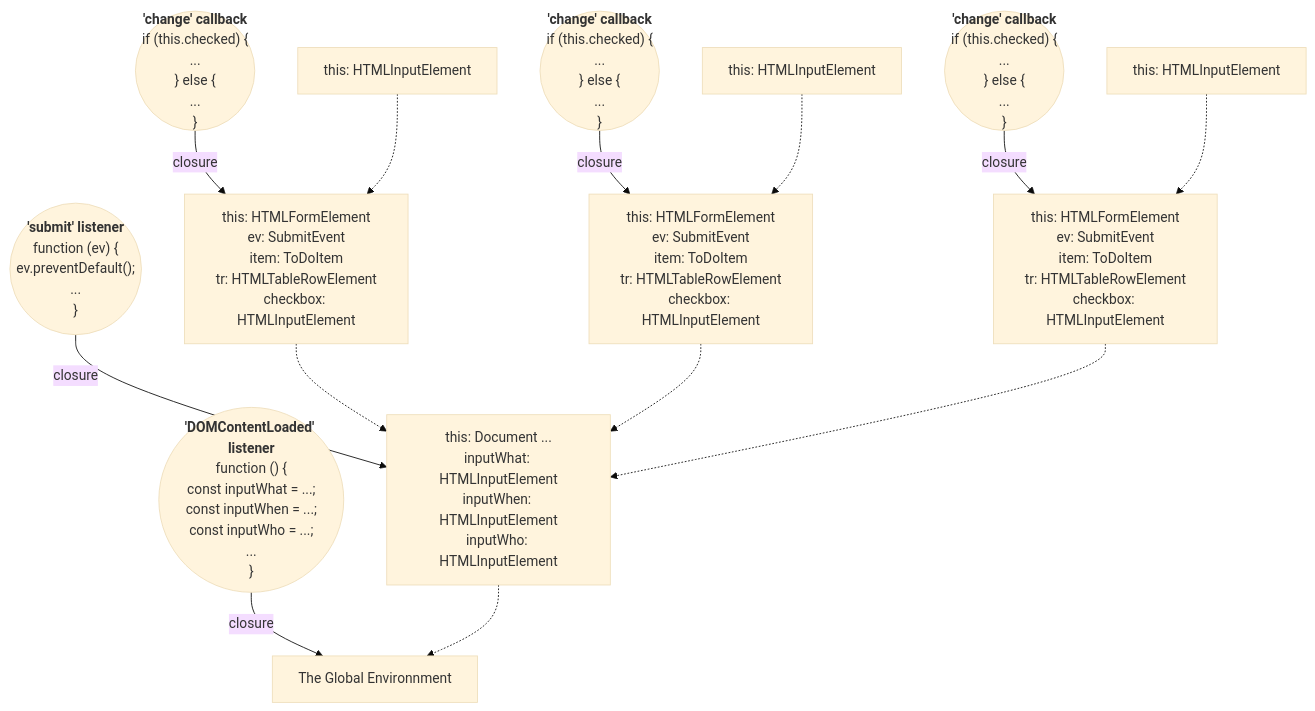
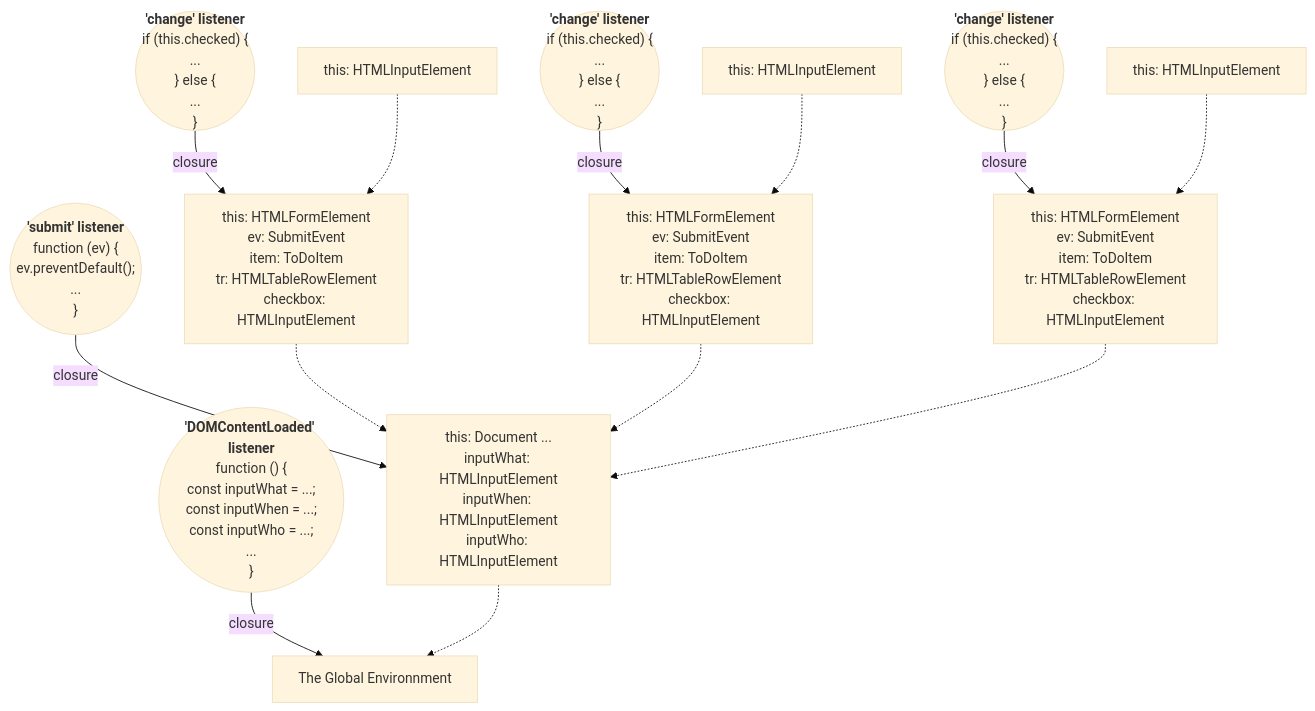
One commit to roninbar/2022-07-02-todo changed the diagram in README.md. Above: the diagram before and after it, drawn with Mermaid (base theme).

Commit message:
Change "callback" to "listener".

````diff
--- a/README.md
+++ b/README.md
@@ -3,22 +3,22 @@
 ```mermaid
 graph TD
 global[The Global Environnment]
 dom-content-loaded(("<b>'DOMContentLoaded' listener</b><br>function () {<br>const inputWhat = ...;<br>const inputWhen = ...;<br>const inputWho = ...;<br>...<br>}")) --closure--> global
 dom-content-loaded-frame[this: Document ...<br>inputWhat: HTMLInputElement<br>inputWhen: HTMLInputElement<br>inputWho: HTMLInputElement] -.-> global
 submit(("<b>'submit' listener</b><br>function (ev) {<br>ev.preventDefault();<br>...<br>}")) --closure--> dom-content-loaded-frame
-change-1(("<b>'change' callback</b><br>if (this.checked) {<br>...<br>} else {<br>...<br>}")) --closure-->
+change-1(("<b>'change' listener</b><br>if (this.checked) {<br>...<br>} else {<br>...<br>}")) --closure-->
 submit-f1[this: HTMLFormElement<br>ev: SubmitEvent<br>item: ToDoItem<br>tr: HTMLTableRowElement<br>checkbox: HTMLInputElement] -.-> dom-content-loaded-frame
 change-1-f1["this: HTMLInputElement"] -.-> submit-f1
 %% change-1-f2["this: HTMLInputElement"] -.-> submit-f1
 %% change-1-f3["this: HTMLInputElement"] -.-> submit-f1
-change-2(("<b>'change' callback</b><br>if (this.checked) {<br>...<br>} else {<br>...<br>}")) --closure-->
+change-2(("<b>'change' listener</b><br>if (this.checked) {<br>...<br>} else {<br>...<br>}")) --closure-->
 submit-f2[this: HTMLFormElement<br>ev: SubmitEvent<br>item: ToDoItem<br>tr: HTMLTableRowElement<br>checkbox: HTMLInputElement] -.-> dom-content-loaded-frame
 change-2-f1["this: HTMLInputElement"] -.-> submit-f2
 %% change-2-f2["this: HTMLInputElement"] -.-> submit-f2
 %% change-2-f3["this: HTMLInputElement"] -.-> submit-f2
-change-3(("<b>'change' callback</b><br>if (this.checked) {<br>...<br>} else {<br>...<br>}")) --closure-->
+change-3(("<b>'change' listener</b><br>if (this.checked) {<br>...<br>} else {<br>...<br>}")) --closure-->
 submit-f3[this: HTMLFormElement<br>ev: SubmitEvent<br>item: ToDoItem<br>tr: HTMLTableRowElement<br>checkbox: HTMLInputElement] -.-> dom-content-loaded-frame
 change-3-f1["this: HTMLInputElement"] -.-> submit-f3
 %% change-3-f2["this: HTMLInputElement"] -.-> submit-f3
 %% change-3-f3["this: HTMLInputElement"] -.-> submit-f3
 ```
````
